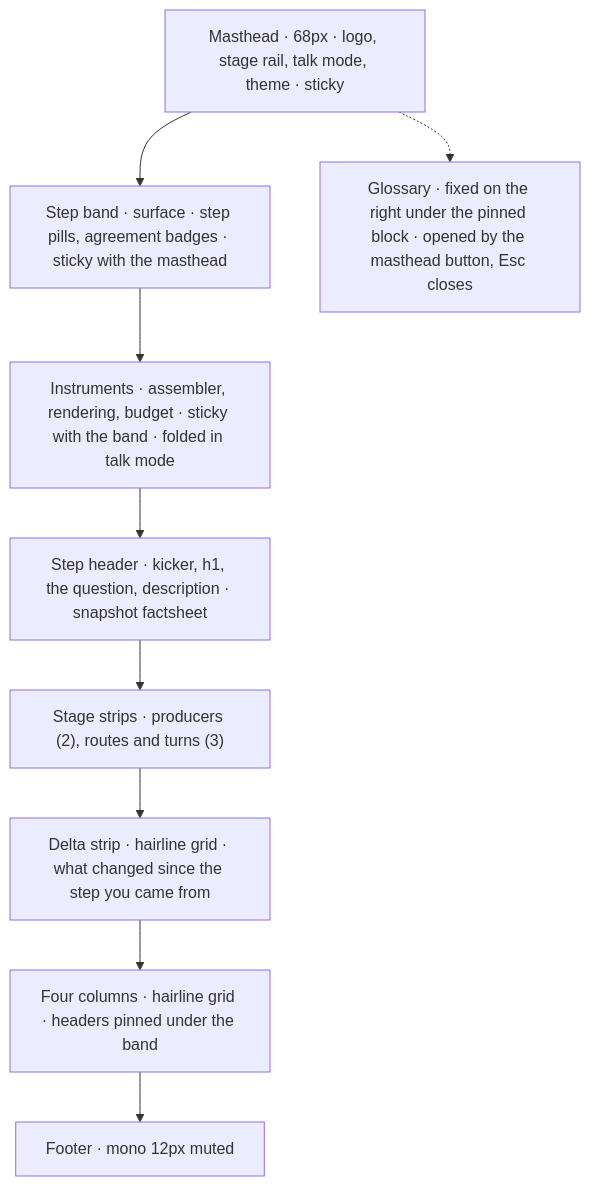
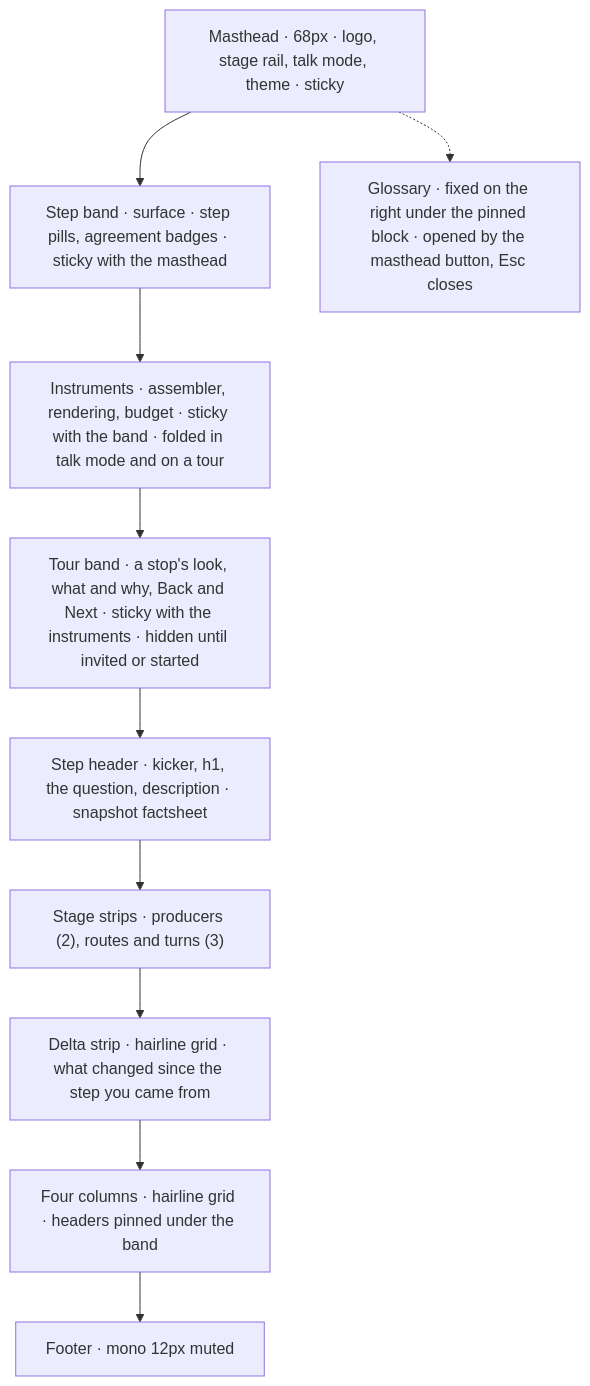
The first of 2 diagrams in STYLE.md (contextwindowarchitecture/assembler-demo), drawn with Mermaid before and after one commit. The commit also changed other lines of this file and 11 other files, not shown here.

First line of the commit message:
feat(inspector): a guided-tour band on the basic stage

````diff
--- a/STYLE.md
+++ b/STYLE.md
@@ -230,14 +230,15 @@
 ```mermaid
 flowchart TB
   M["Masthead · 68px · logo, stage rail, talk mode, theme · sticky"]
   B["Step band · surface · step pills, agreement badges · sticky with the masthead"]
-  I["Instruments · assembler, rendering, budget · sticky with the band · folded in talk mode"]
+  I["Instruments · assembler, rendering, budget · sticky with the band · folded in talk mode and on a tour"]
+  T["Tour band · a stop's look, what and why, Back and Next · sticky with the instruments · hidden until invited or started"]
   S["Step header · kicker, h1, the question, description · snapshot factsheet"]
   X["Stage strips · producers (2), routes and turns (3)"]
   D["Delta strip · hairline grid · what changed since the step you came from"]
   C["Four columns · hairline grid · headers pinned under the band"]
   F["Footer · mono 12px muted"]
   G["Glossary · fixed on the right under the pinned block · opened by the masthead button, Esc closes"]
-  M --> B --> I --> S --> X --> D --> C --> F
+  M --> B --> I --> T --> S --> X --> D --> C --> F
   M -.-> G
 ```
````
